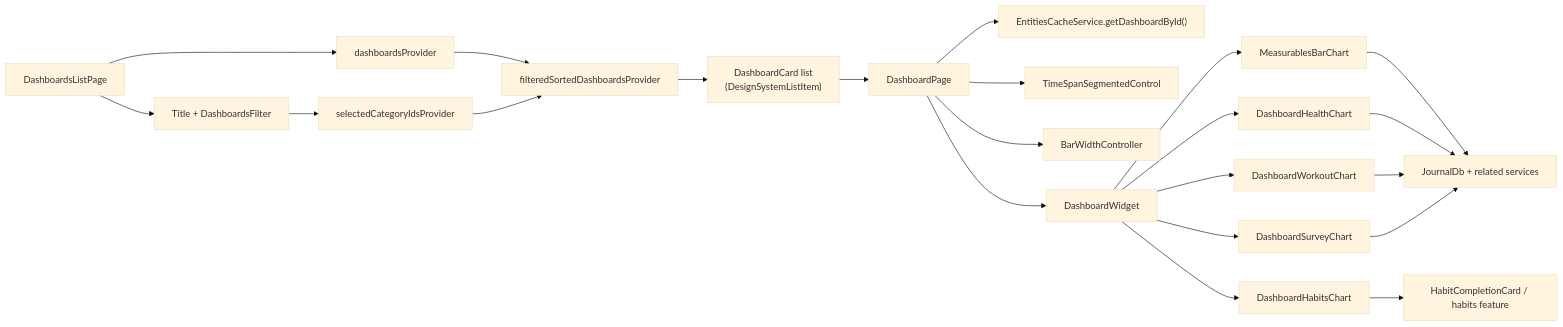
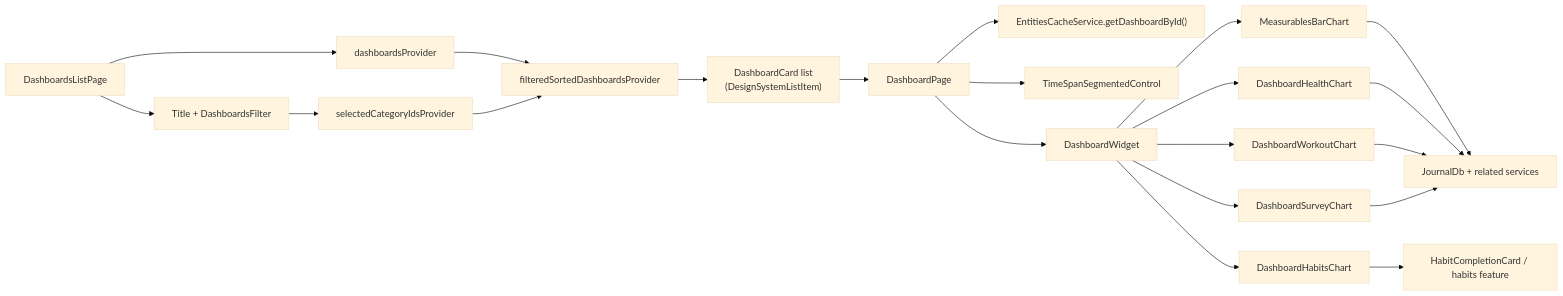
The first of 5 diagrams in lib/features/dashboards/README.md (matthiasn/lotti), drawn with Mermaid (base theme) before and after one commit. The commit also changed other lines of this file and 39 other files, not shown here.

First line of the commit message:
refactor: round-3 dashboard chart review fixes (remove zoom, axes, captions, title)

````diff
--- a/lib/features/dashboards/README.md
+++ b/lib/features/dashboards/README.md
@@ -71,27 +70,26 @@
 ```mermaid
 flowchart LR
   ListPage["DashboardsListPage"] --> Header["Title + DashboardsFilter"]
   Header --> CategoryState["selectedCategoryIdsProvider"]
   ListPage --> Dashboards["dashboardsProvider"]
   Dashboards --> Filtered["filteredSortedDashboardsProvider"]
   CategoryState --> Filtered
   Filtered --> Cards["DashboardCard list\n(DesignSystemListItem)"]
 
   Cards --> Page["DashboardPage"]
   Page --> Cache["EntitiesCacheService.getDashboardById()"]
   Page --> Span["TimeSpanSegmentedControl"]
-  Page --> Scale["BarWidthController"]
   Page --> Widget["DashboardWidget"]
 
   Widget --> Measurement["MeasurablesBarChart"]
   Widget --> Health["DashboardHealthChart"]
   Widget --> Workout["DashboardWorkoutChart"]
   Widget --> Survey["DashboardSurveyChart"]
   Widget --> Habit["DashboardHabitsChart"]
 
   Measurement --> DB["JournalDb + related services"]
   Health --> DB
   Workout --> DB
   Survey --> DB
   Habit --> Habits["HabitCompletionCard / habits feature"]
 ```
````
